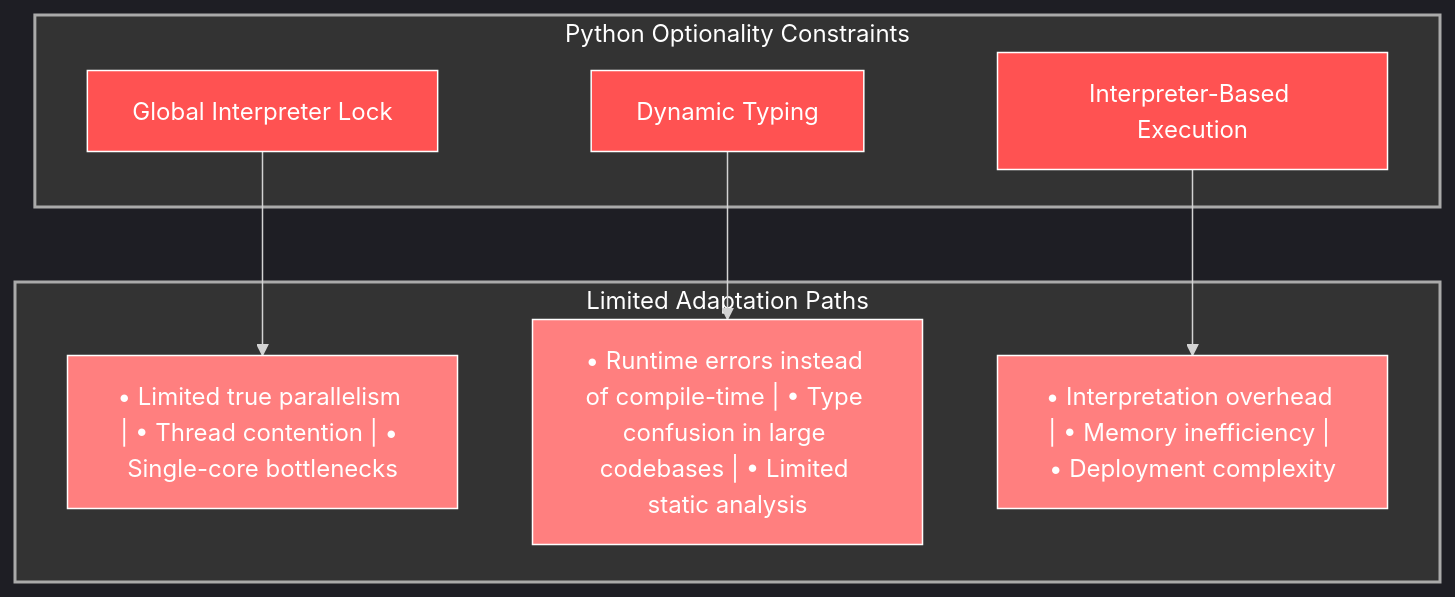
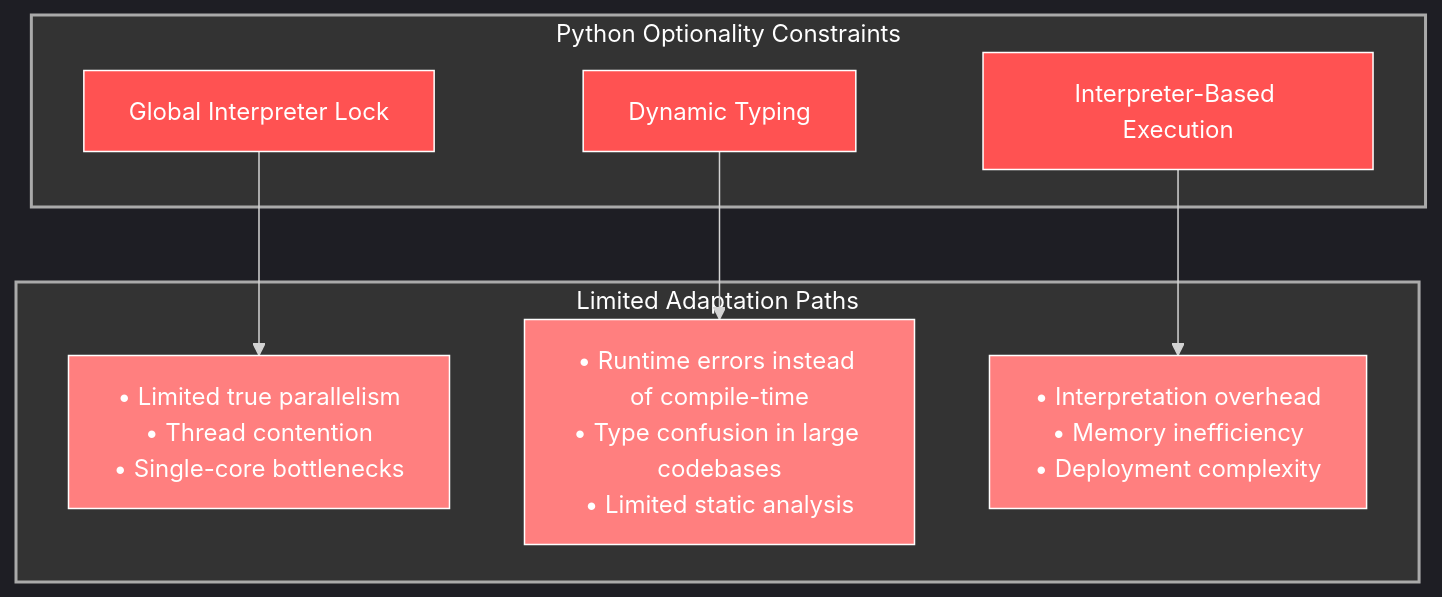
One commit to houstonhaynes/AD4SDocs changed the first of 2 diagrams in 01 Pythons Winding Path to Antifragility.md. Above: the diagram before and after it, drawn with Mermaid. The commit also changed other lines of this file and 5 other files, not shown here.

Commit message:
fix mermaid part two

````diff
--- a/01 Pythons Winding Path to Antifragility.md
+++ b/01 Pythons Winding Path to Antifragility.md
@@ -15,24 +15,24 @@
 ```mermaid
 %%{init: {'theme': 'dark', 'themeVariables': { 'primaryColor': '#242424', 'primaryTextColor': '#fff', 'primaryBorderColor': '#888', 'lineColor': '#d3d3d3', 'secondaryColor': '#2b2b2b', 'tertiaryColor': '#333' }}}%%
 flowchart TD
     subgraph Python["Python Optionality Constraints"]
         GIL["Global Interpreter Lock"]
         DynamicType["Dynamic Typing"]
         Interpreter["Interpreter-Based Execution"]
     end
     
     subgraph LimitedPaths["Limited Adaptation Paths"]
-        GIL --> Concurrency["• Limited true parallelism | • Thread contention | • Single-core bottlenecks"]
-        DynamicType --> Safety["• Runtime errors instead of compile-time | • Type confusion in large codebases | • Limited static analysis"]
-        Interpreter --> Performance["• Interpretation overhead | • Memory inefficiency | • Deployment complexity"]
+        GIL --> Concurrency["• Limited true parallelism<br>• Thread contention<br>• Single-core bottlenecks"]
+        DynamicType --> Safety["• Runtime errors instead of compile-time<br>• Type confusion in large codebases<br>• Limited static analysis"]
+        Interpreter --> Performance["• Interpretation overhead<br>• Memory inefficiency<br>• Deployment complexity"]
     end
     
     style Python fill:#333,stroke:#aaa,stroke-width:2px,color:#fff
     style LimitedPaths fill:#333,stroke:#aaa,stroke-width:2px,color:#fff
     style GIL fill:#FF5252,stroke:#fff,stroke-width:1px,color:#fff
     style DynamicType fill:#FF5252,stroke:#fff,stroke-width:1px,color:#fff
     style Interpreter fill:#FF5252,stroke:#fff,stroke-width:1px,color:#fff
     style Concurrency fill:#ff7f7f,stroke:#fff,stroke-width:1px,color:#fff
     style Safety fill:#ff7f7f,stroke:#fff,stroke-width:1px,color:#fff
     style Performance fill:#ff7f7f,stroke:#fff,stroke-width:1px,color:#fff
 ```
````
